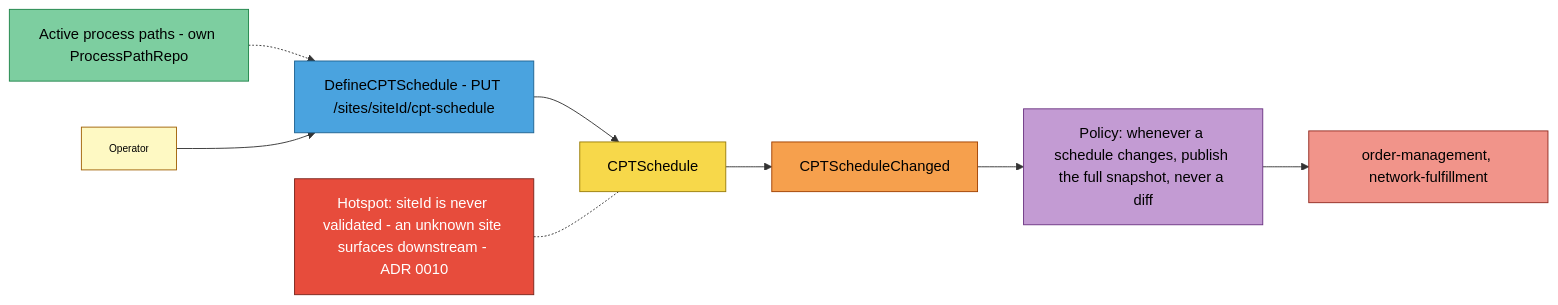
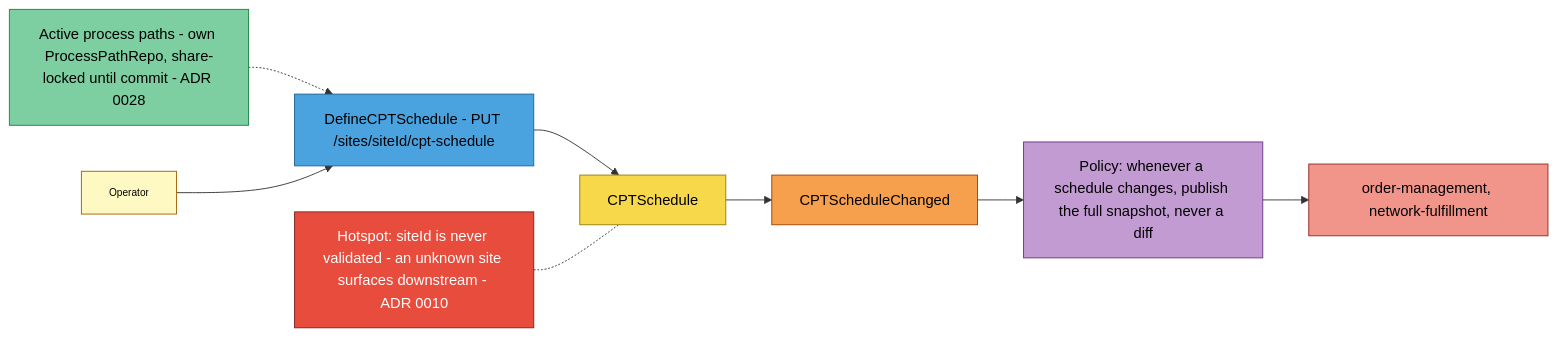
The third of 4 diagrams in docs/contexts/process-path-management/eventstorming.md (IQVO/warehouse-docs), drawn with Mermaid before and after one commit. The commit also changed other lines of this file and 318 other files, not shown here.

````diff
--- a/docs/contexts/process-path-management/eventstorming.md
+++ b/docs/contexts/process-path-management/eventstorming.md
@@ -107,24 +107,24 @@
 ```mermaid
 flowchart LR
     OP["Operator"]:::actor
-    RM1["Active process paths - own ProcessPathRepo"]:::readmodel
+    RM1["Active process paths - own ProcessPathRepo, share-locked until commit - ADR 0028"]:::readmodel
     C1["DefineCPTSchedule - PUT /sites/siteId/cpt-schedule"]:::command
     A1["CPTSchedule"]:::aggregate
     E1["CPTScheduleChanged"]:::event
     P1["Policy: whenever a schedule changes, publish the full snapshot, never a diff"]:::policy
     X1["order-management, network-fulfillment"]:::external
     H2["Hotspot: siteId is never validated - an unknown site surfaces downstream - ADR 0010"]:::hotspot
 
     RM1 -.-> C1
     OP --> C1 --> A1 --> E1 --> P1 --> X1
     H2 -.- A1
 
     classDef actor fill:#fef9c3,stroke:#a16207,color:#000,font-size:11px
     classDef command fill:#4aa3df,stroke:#1f6391,color:#000
     classDef aggregate fill:#f7d84a,stroke:#9a7d0a,color:#000
     classDef event fill:#f6a04d,stroke:#a04000,color:#000
     classDef policy fill:#c39bd3,stroke:#6c3483,color:#000
     classDef readmodel fill:#7dcea0,stroke:#1e8449,color:#000
     classDef external fill:#f1948a,stroke:#922b21,color:#000
     classDef hotspot fill:#e74c3c,stroke:#7b241c,color:#fff
 ```
````
